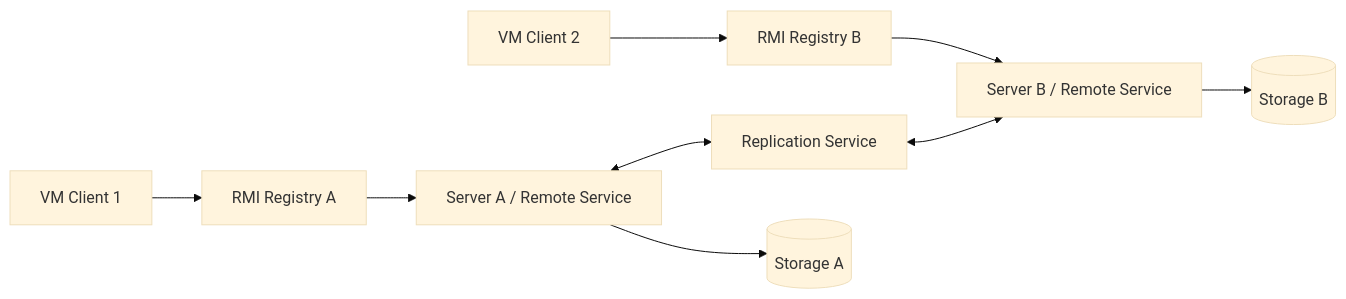
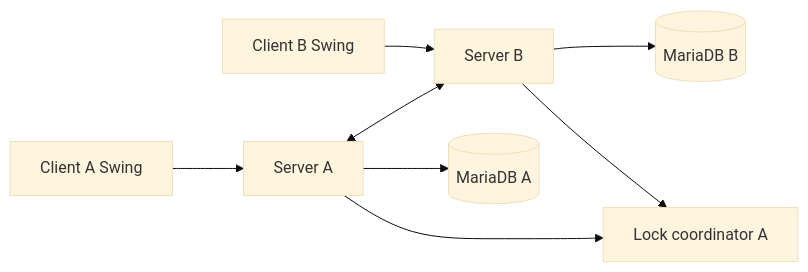
Before and after one commit to lequocdinhKt/5-lap-LTM: the diagram in lap5/ARCHITECTURE.md, drawn with Mermaid (base theme). The commit also changed other lines of this file and 80 other files, not shown here.

````diff
--- a/lap5/ARCHITECTURE.md
+++ b/lap5/ARCHITECTURE.md
@@ -3,11 +5,10 @@
 ```mermaid
 flowchart LR
-    C1[VM Client 1] --> RA[RMI Registry A]
-    C2[VM Client 2] --> RB[RMI Registry B]
-    RA --> SA[Server A / Remote Service]
-    RB --> SB[Server B / Remote Service]
-    SA <--> SYNC[Replication Service]
-    SYNC <--> SB
-    SA --> DA[(Storage A)]
-    SB --> DB[(Storage B)]
+    C1[Client A Swing] --> A[Server A]
+    C2[Client B Swing] --> B[Server B]
+    A <--> B
+    A --> DA[(MariaDB A)]
+    B --> DB[(MariaDB B)]
+    B --> LA[Lock coordinator A]
+    A --> LA
 ```
````
